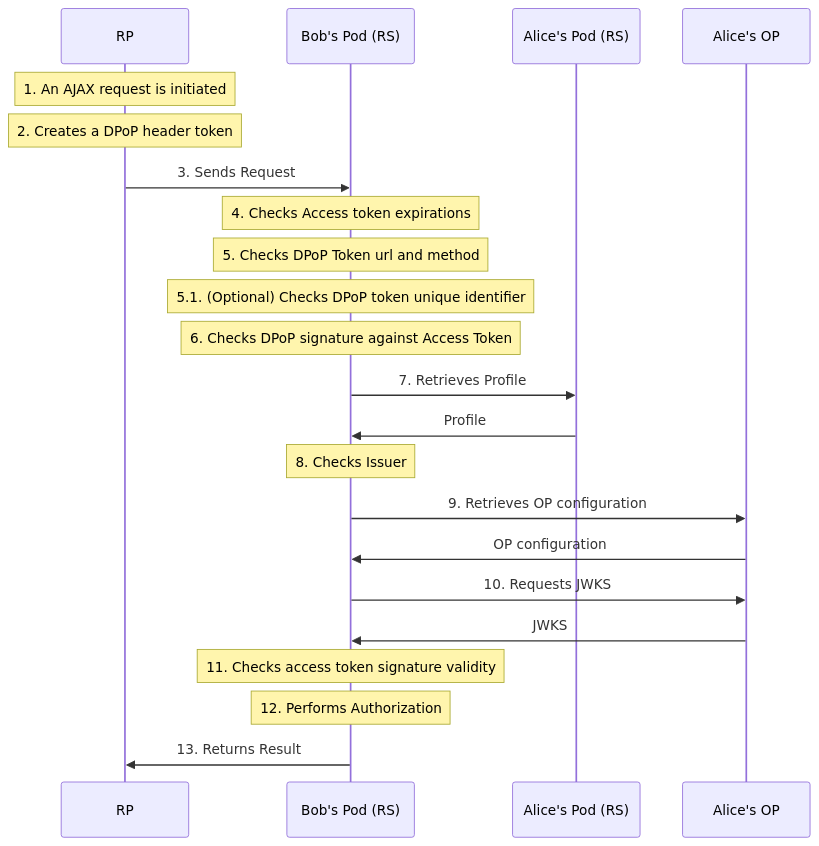
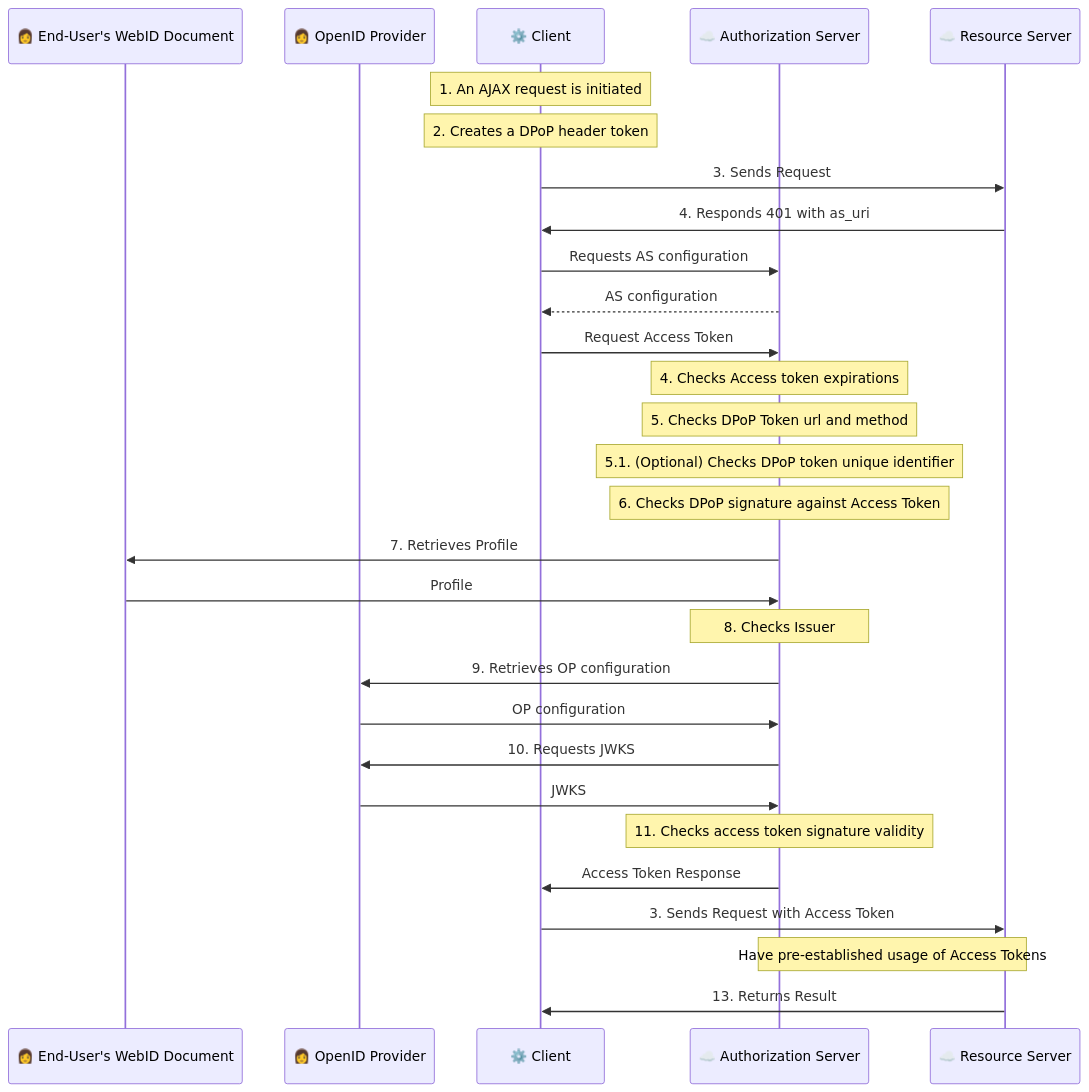
One commit to solid/solid-oidc changed the diagram in primer/primer-request.mmd. Above: the diagram before and after it, drawn with Mermaid. The commit also changed 3 other files, not shown here.

```diff
--- a/primer/primer-request.mmd
+++ b/primer/primer-request.mmd
@@ -1,18 +1,29 @@
 sequenceDiagram
-    note over RP: 1. An AJAX request is initiated
-    note over RP: 2. Creates a DPoP header token
-    RP->>Bob's Pod (RS): 3. Sends Request
-    note over Bob's Pod (RS): 4. Checks Access token expirations
-    note over Bob's Pod (RS): 5. Checks DPoP Token url and method
-    note over Bob's Pod (RS): 5.1. (Optional) Checks DPoP token unique identifier
-    note over Bob's Pod (RS): 6. Checks DPoP signature against Access Token
-    Bob's Pod (RS)->>Alice's Pod (RS): 7. Retrieves Profile
-    Alice's Pod (RS)->>Bob's Pod (RS): Profile
-    note over Bob's Pod (RS): 8. Checks Issuer
-    Bob's Pod (RS)->>Alice's OP: 9. Retrieves OP configuration
-    Alice's OP->>Bob's Pod (RS): OP configuration
-    Bob's Pod (RS)->>Alice's OP: 10. Requests JWKS
-    Alice's OP->>Bob's Pod (RS): JWKS
-    note over Bob's Pod (RS): 11. Checks access token signature validity
-    note over Bob's Pod (RS): 12. Performs Authorization
-    Bob's Pod (RS)->>RP: 13. Returns Result
+  participant WebID as 👩 End-User's WebID Document
+  participant OP as 👩 OpenID Provider
+  participant Client as ⚙️ Client
+  participant AS as ☁️ Authorization Server
+  participant RS as ☁️ Resource Server
+  note over Client: 1. An AJAX request is initiated
+  note over Client: 2. Creates a DPoP header token
+  Client->>RS: 3. Sends Request
+  RS->>Client: 4. Responds 401 with as_uri
+  Client->>AS: Requests AS configuration
+  AS-->>Client: AS configuration
+  Client->>AS: Request Access Token
+  note over AS: 4. Checks Access token expirations
+  note over AS: 5. Checks DPoP Token url and method
+  note over AS: 5.1. (Optional) Checks DPoP token unique identifier
+  note over AS: 6. Checks DPoP signature against Access Token
+  AS->>WebID: 7. Retrieves Profile
+  WebID->>AS: Profile
+  note over AS: 8. Checks Issuer
+  AS->>OP: 9. Retrieves OP configuration
+  OP->>AS: OP configuration
+  AS->>OP: 10. Requests JWKS
+  OP->>AS: JWKS
+  note over AS: 11. Checks access token signature validity
+  AS->>Client: Access Token Response
+  Client->>RS: 3. Sends Request with Access Token
+  note over AS, RS: Have pre-established usage of Access Tokens
+  RS->>Client: 13. Returns Result
```
